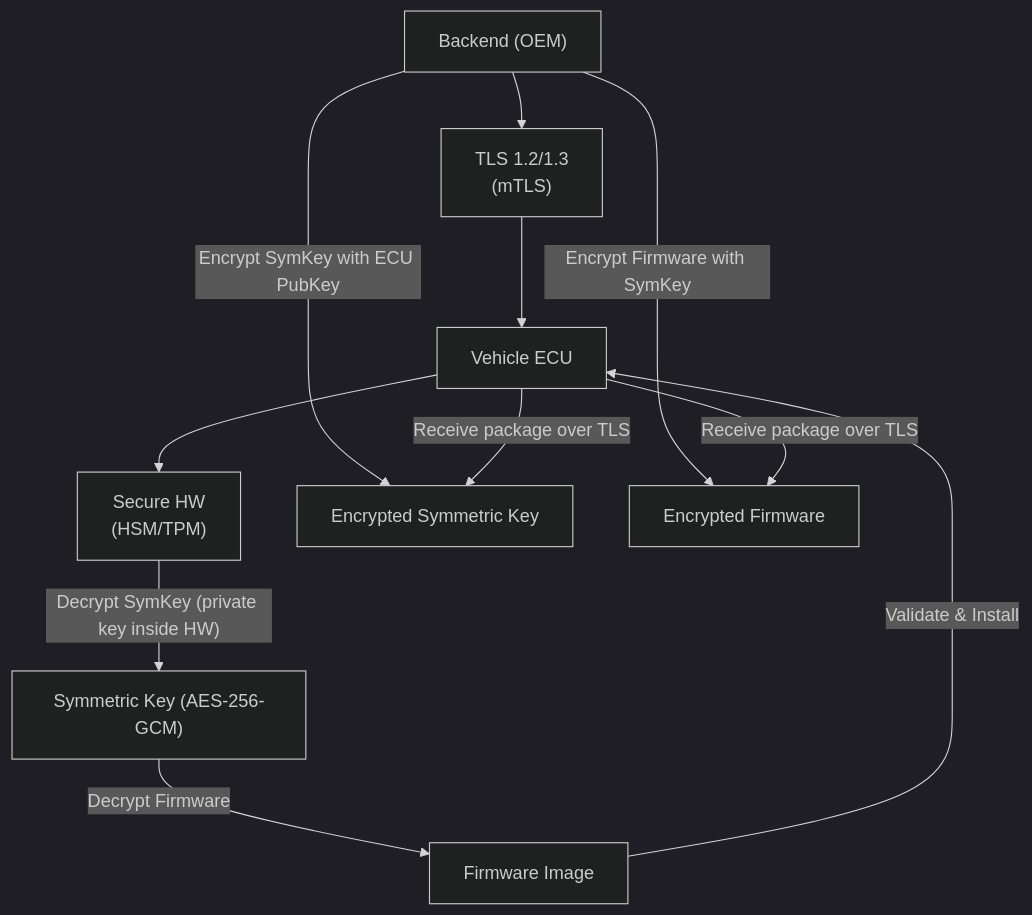
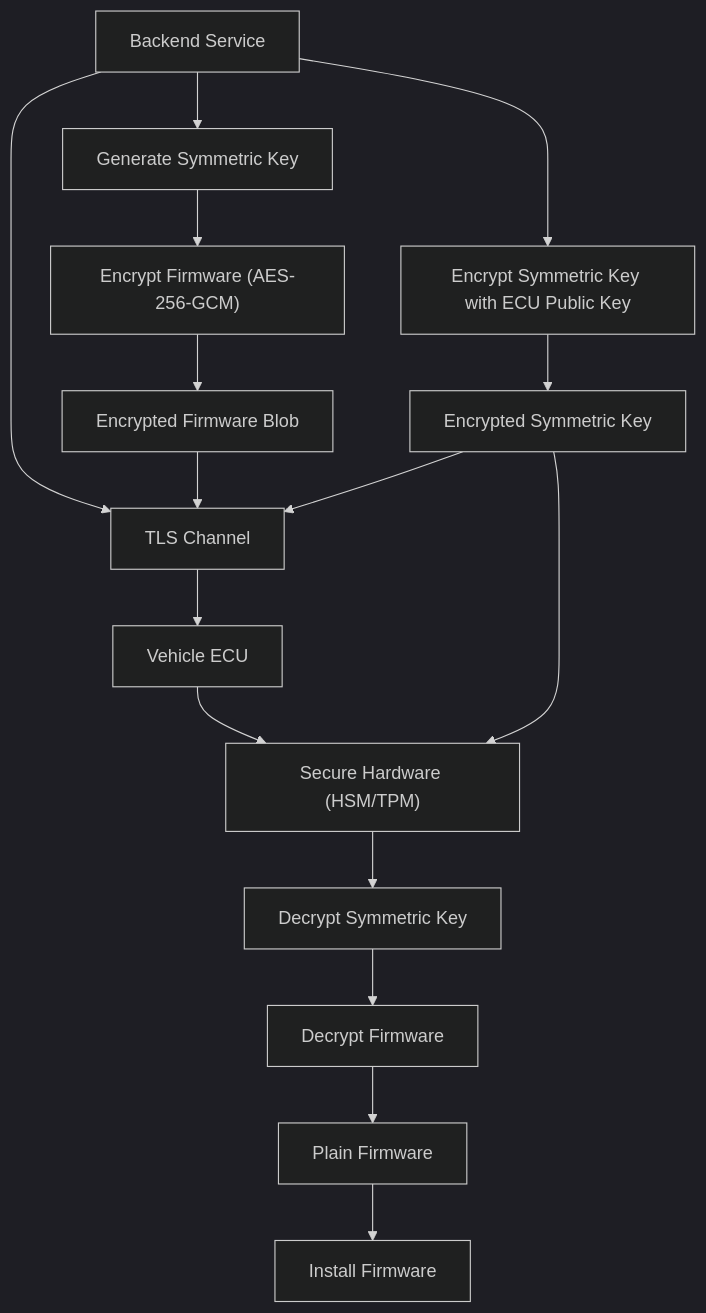
The second of 2 diagrams in outputs/01_protection-eavesdrop_doc.md (CagriCatik/Clarion), drawn with Mermaid (dark theme) before and after one commit. The commit also changed other lines of this file and 11 other files, not shown here.

Commit message:
bugfix: app.tsx robust mermaid rendering

````diff
--- a/outputs/01_protection-eavesdrop_doc.md
+++ b/outputs/01_protection-eavesdrop_doc.md
@@ -52,21 +42,18 @@
 ```mermaid
 graph TD
-    backend["Backend (OEM)"]
-    tls_tunnel["TLS 1.2/1.3\n(mTLS)"]
-    vehicle_ecu["Vehicle ECU"]
-    secure_hw["Secure HW\n(HSM/TPM)"]
-    sym_key_enc["Encrypted Symmetric Key"]
-    firmware_enc["Encrypted Firmware"]
-    sym_key["Symmetric Key (AES-256-GCM)"]
-    firmware["Firmware Image"]
-
-    backend --> tls_tunnel --> vehicle_ecu
-    backend -- "Encrypt Firmware with SymKey" --> firmware_enc
-    backend -- "Encrypt SymKey with ECU PubKey" --> sym_key_enc
-    vehicle_ecu -- "Receive package over TLS" --> sym_key_enc
-    vehicle_ecu -- "Receive package over TLS" --> firmware_enc
-    vehicle_ecu --> secure_hw
-    secure_hw -- "Decrypt SymKey (private key inside HW)" --> sym_key
-    sym_key -- "Decrypt Firmware" --> firmware
-    firmware -- "Validate & Install" --> vehicle_ecu
+    Backend["Backend Service"] --> TLS_Conn["TLS Channel"]
+    TLS_Conn --> ECU["Vehicle ECU"]
+    Backend --> Sym_Key_Gen["Generate Symmetric Key"]
+    Sym_Key_Gen --> Firmware_Enc["Encrypt Firmware (AES-256-GCM)"]
+    Firmware_Enc --> Encrypted_Firmware["Encrypted Firmware Blob"]
+    Backend --> PubKey_Enc["Encrypt Symmetric Key with ECU Public Key"]
+    PubKey_Enc --> Encrypted_Key["Encrypted Symmetric Key"]
+    Encrypted_Firmware --> TLS_Conn
+    Encrypted_Key --> TLS_Conn
+    ECU --> Secure_HW["Secure Hardware (HSM/TPM)"]
+    Encrypted_Key --> Secure_HW
+    Secure_HW --> Decrypted_Key["Decrypt Symmetric Key"]
+    Decrypted_Key --> Firmware_Dec["Decrypt Firmware"]
+    Firmware_Dec --> Firmware_Plain["Plain Firmware"]
+    Firmware_Plain --> Install["Install Firmware"]
 ```
````
